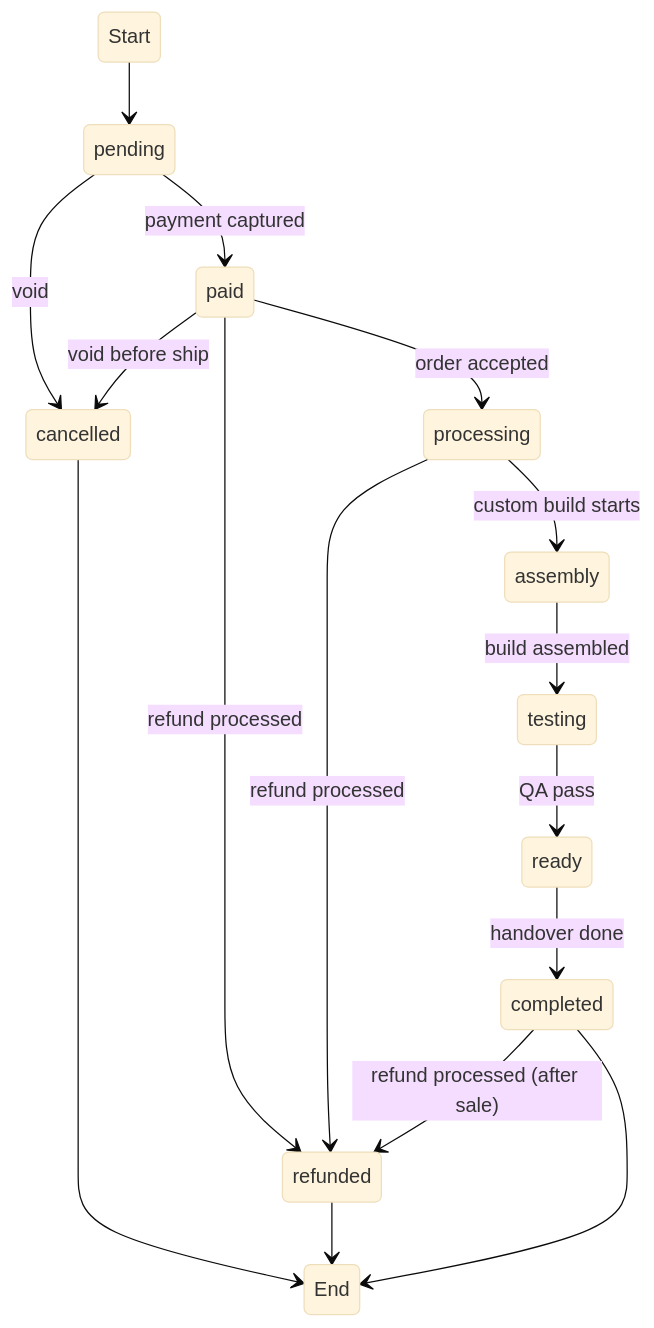
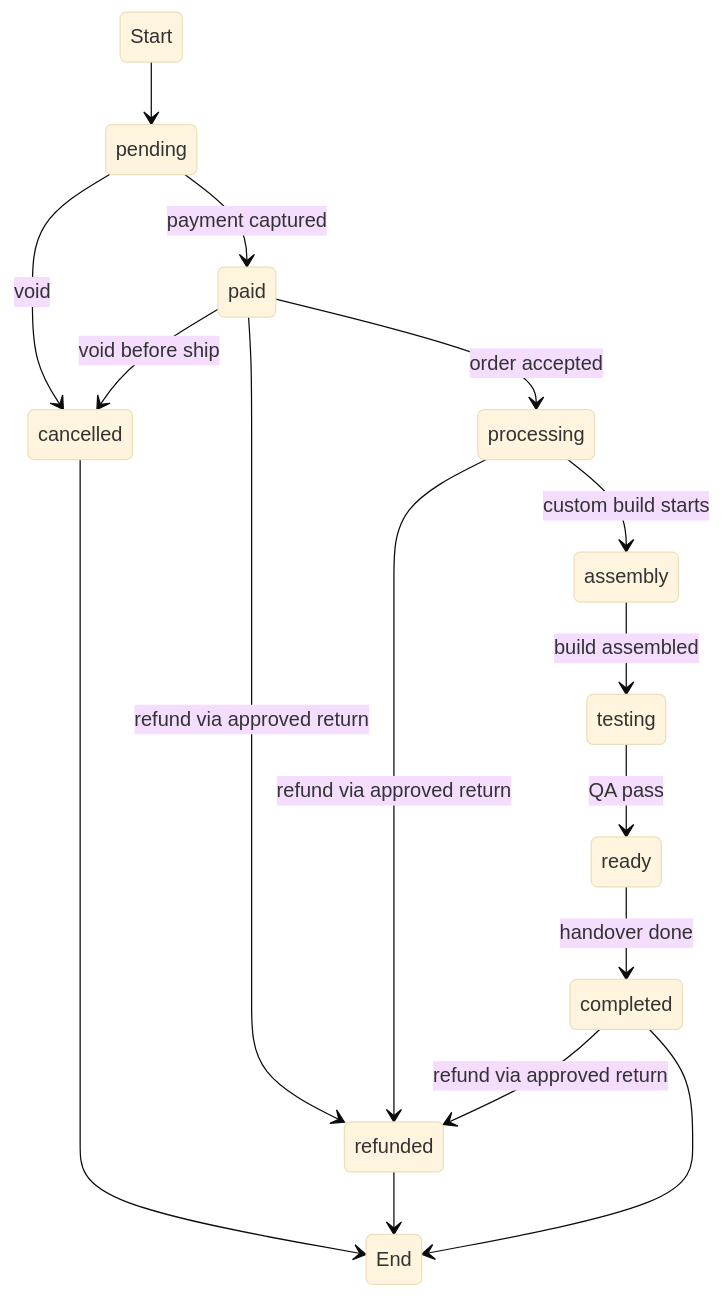
The second of 13 diagrams in docs/DPC-NEXUS-SUPABASE-DATABASE-ARCHITECTURE.md (justinesestina/dream-pc-pos), drawn with Mermaid (base theme) before and after one commit. The commit also changed other lines of this file and 266 other files, not shown here.

````diff
--- a/docs/DPC-NEXUS-SUPABASE-DATABASE-ARCHITECTURE.md
+++ b/docs/DPC-NEXUS-SUPABASE-DATABASE-ARCHITECTURE.md
@@ -915,18 +914,18 @@
 ```mermaid
 stateDiagram-v2
     Start --> pending
     pending --> paid: payment captured
     paid --> processing: order accepted
     processing --> assembly: custom build starts
     assembly --> testing: build assembled
     testing --> ready: QA pass
     ready --> completed: handover done
     pending --> cancelled: void
     paid --> cancelled: void before ship
-    paid --> refunded: refund processed
-    processing --> refunded: refund processed
-    completed --> refunded: refund processed (after sale)
+    paid --> refunded: refund via approved return
+    processing --> refunded: refund via approved return
+    completed --> refunded: refund via approved return
     cancelled --> End
     refunded --> End
     completed --> End
 ```
````
